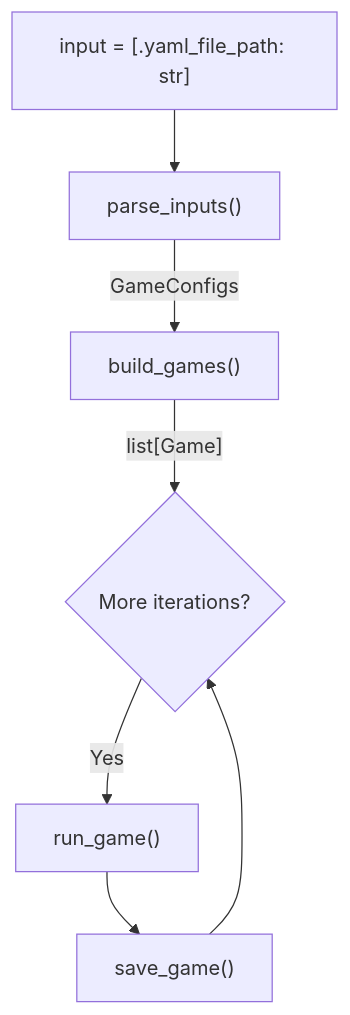
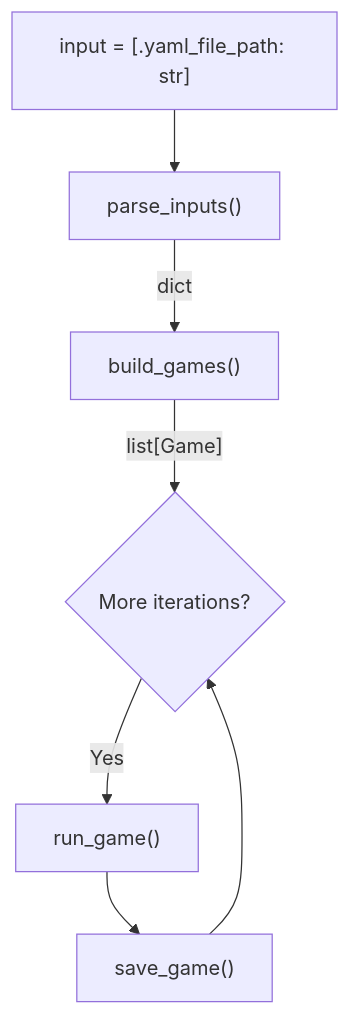
One commit to ynkos22/BalloonGame changed the diagram in design/experiment.md. Above: the diagram before and after it, drawn with Mermaid. The commit also changed other lines of this file and 4 other files, not shown here.

Commit message:
Finished parse_inputs() function - doesn't need unit tests since not very central in pipeline, also very straight forward function. Remains to figure out how exactly build games work - how do we get a canonical rng for each INSTANCE of strategies.

````diff
--- a/design/experiment.md
+++ b/design/experiment.md
@@ -42,15 +45,15 @@
 ```mermaid
 flowchart TD
 n1["input = [.yaml_file_path: str]"]
 n2["parse_inputs()"]
 n3["build_games()"]
 n4["run_game()"]
 n5["save_game()"]
 n6{"More iterations?"}
 
 n1 --> n2
-n2 -- GameConfigs --> n3
+n2 -- dict --> n3
 n3 -- list[Game] --> n6 
 n6 -- Yes --> n4
 n4 --> n5 --> n6
 ```
````
